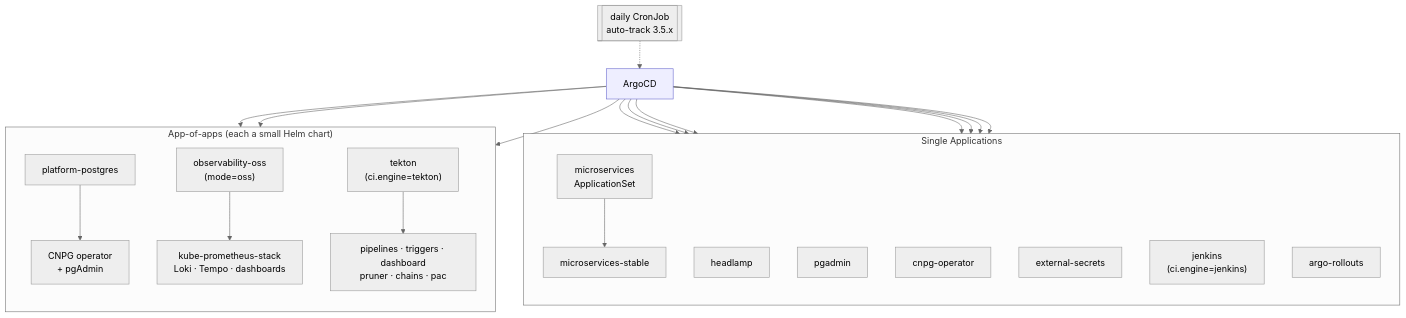
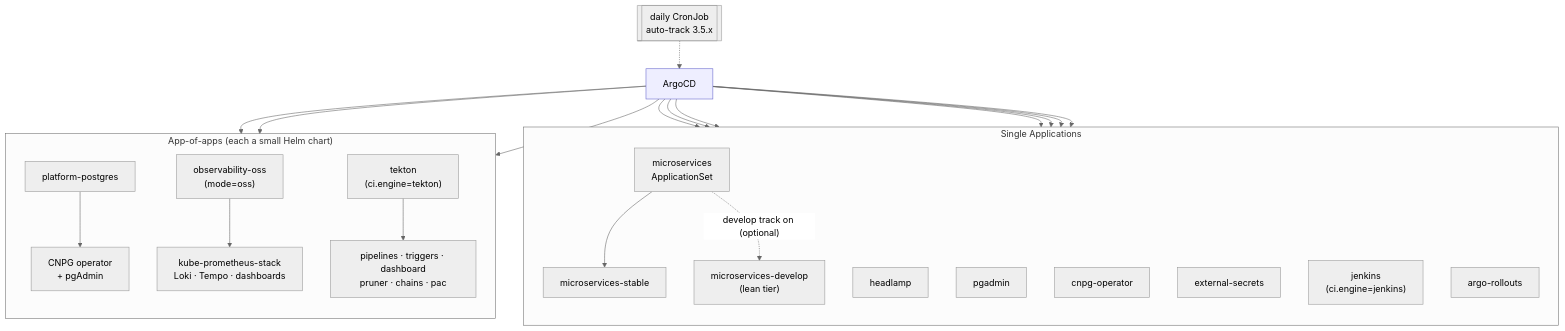
One commit to nubenetes/jenkins-2026 changed the second of 6 diagrams in docs/501-PLATFORM_OPERATIONS.md. Above: the diagram before and after it, drawn with Mermaid (neutral theme). The commit also changed other lines of this file and 2 other files, not shown here.

First line of the commit message:
docs(201,501): integrate the develop tier into existing diagrams (audit) + changelog v0.23.1

````diff
--- a/docs/501-PLATFORM_OPERATIONS.md
+++ b/docs/501-PLATFORM_OPERATIONS.md
@@ -95,27 +95,28 @@
 ```mermaid
 flowchart TB
   argocd[ArgoCD]:::root
 
   subgraph single["Single Applications"]
     direction TB
     appset["microservices<br/>ApplicationSet"] --> msstable[microservices-stable]
+    appset -. "develop track on (optional)" .-> msdev["microservices-develop<br/>(lean tier)"]
     headlamp[headlamp]
     pgadmin[pgadmin]
     cnpg[cnpg-operator]
     eso[external-secrets]
     jenkins["jenkins<br/>(ci.engine=jenkins)"]
     rollouts[argo-rollouts]
   end
 
   subgraph aoa["App-of-apps (each a small Helm chart)"]
     direction TB
     pp["platform-postgres"] --> ppc["CNPG operator<br/>+ pgAdmin"]
     oss["observability-oss<br/>(mode=oss)"] --> ossc["kube-prometheus-stack<br/>Loki · Tempo · dashboards"]
     tk["tekton<br/>(ci.engine=tekton)"] --> tkc["pipelines · triggers · dashboard<br/>pruner · chains · pac"]
   end
 
   argocd --> appset & headlamp & pgadmin & cnpg & eso & jenkins & rollouts
   argocd --> pp & oss & tk
   watcher[[daily CronJob<br/>auto-track 3.5.x]] -.-> argocd
   classDef root fill:#eef,stroke:#66c;
 ```
````
